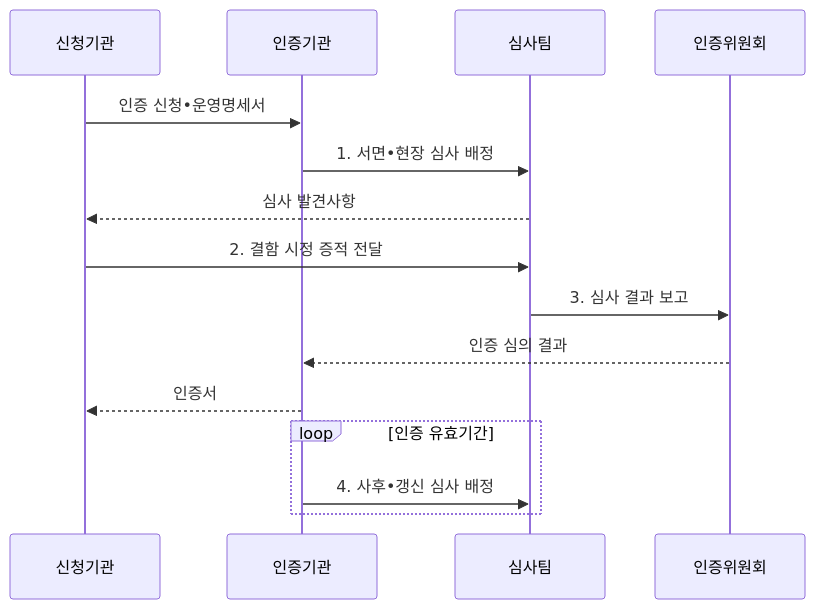
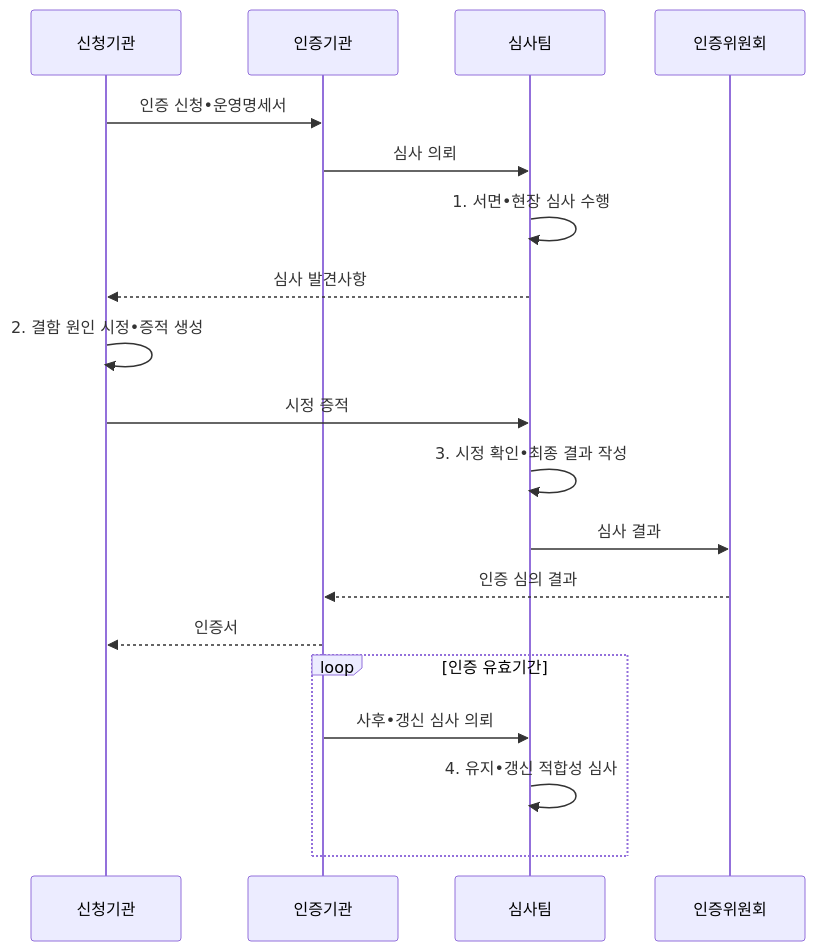
One commit to agnusdei1207/knowledge-base changed the second of 2 diagrams in src/content/docs/notes/05-security/104_isms_p_certification_process.md. Above: the diagram before and after it, drawn with Mermaid. The commit also changed other lines of this file and 20 other files, not shown here.

````diff
--- a/src/content/docs/notes/05-security/104_isms_p_certification_process.md
+++ b/src/content/docs/notes/05-security/104_isms_p_certification_process.md
@@ -104,17 +104,21 @@
 ```mermaid
 sequenceDiagram
   participant O as 신청기관
   participant A as 인증기관
   participant T as 심사팀
   participant C as 인증위원회
   O->>A: 인증 신청•운영명세서
-  A->>T: 1. 서면•현장 심사 배정
+  A->>T: 심사 의뢰
+  T->>T: 1. 서면•현장 심사 수행
   T-->>O: 심사 발견사항
-  O->>T: 2. 결함 시정 증적 전달
-  T->>C: 3. 심사 결과 보고
+  O->>O: 2. 결함 원인 시정•증적 생성
+  O->>T: 시정 증적
+  T->>T: 3. 시정 확인•최종 결과 작성
+  T->>C: 심사 결과
   C-->>A: 인증 심의 결과
   A-->>O: 인증서
   loop 인증 유효기간
-    A->>T: 4. 사후•갱신 심사 배정
+    A->>T: 사후•갱신 심사 의뢰
+    T->>T: 4. 유지•갱신 적합성 심사
   end
 ```
````
